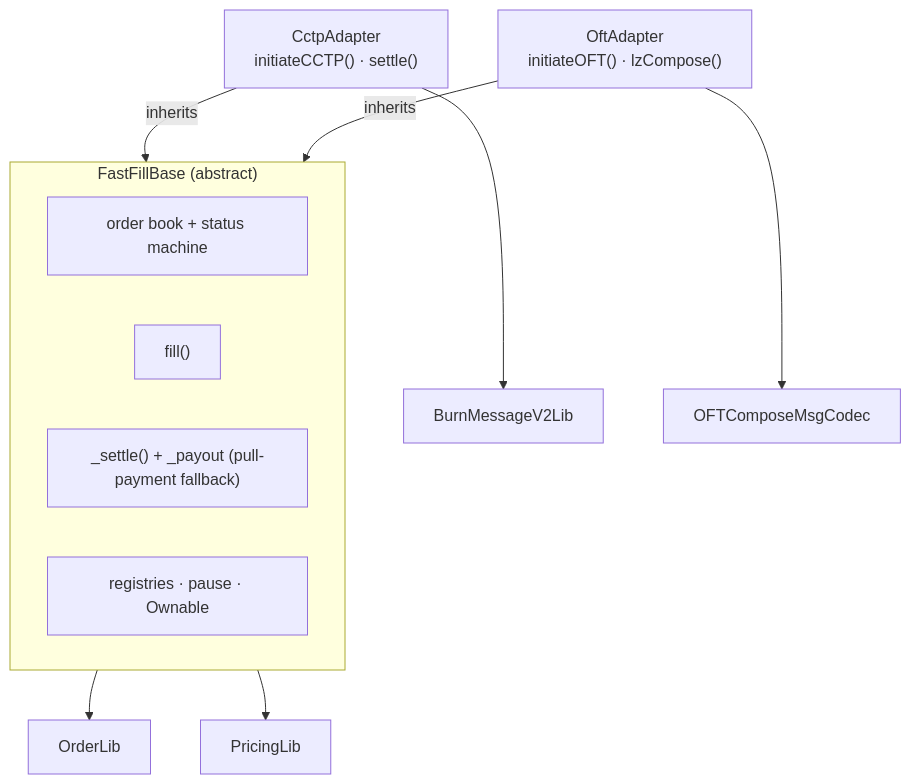
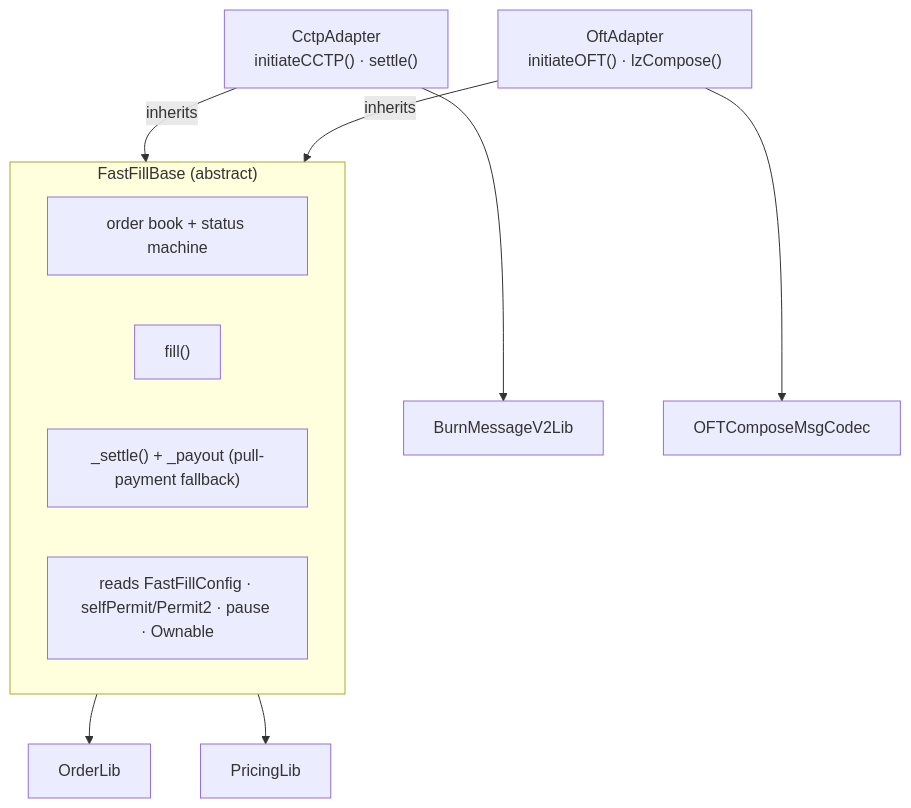
The third of 3 diagrams in README.md (KaiCode2/fast-fill), drawn with Mermaid before and after one commit. The commit also changed other lines of this file and 2 other files, not shown here.

First line of the commit message:
docs: refresh README + ARCHITECTURE for the config registry & permit flows

````diff
--- a/README.md
+++ b/README.md
@@ -64,17 +64,17 @@
 ```mermaid
 flowchart TB
     subgraph BASE["FastFillBase (abstract)"]
         OB["order book + status machine"]
         FILL["fill()"]
         SET["_settle() + _payout (pull-payment fallback)"]
-        REG["registries · pause · Ownable"]
+        REG["reads FastFillConfig · selfPermit/Permit2 · pause · Ownable"]
     end
     CA["CctpAdapter<br/>initiateCCTP() · settle()"]
     OA["OftAdapter<br/>initiateOFT() · lzCompose()"]
     CA -- inherits --> BASE
     OA -- inherits --> BASE
     BASE --> OL["OrderLib"]
     BASE --> PL["PricingLib"]
     CA --> BL["BurnMessageV2Lib"]
     OA --> CC["OFTComposeMsgCodec"]
 ```
````
